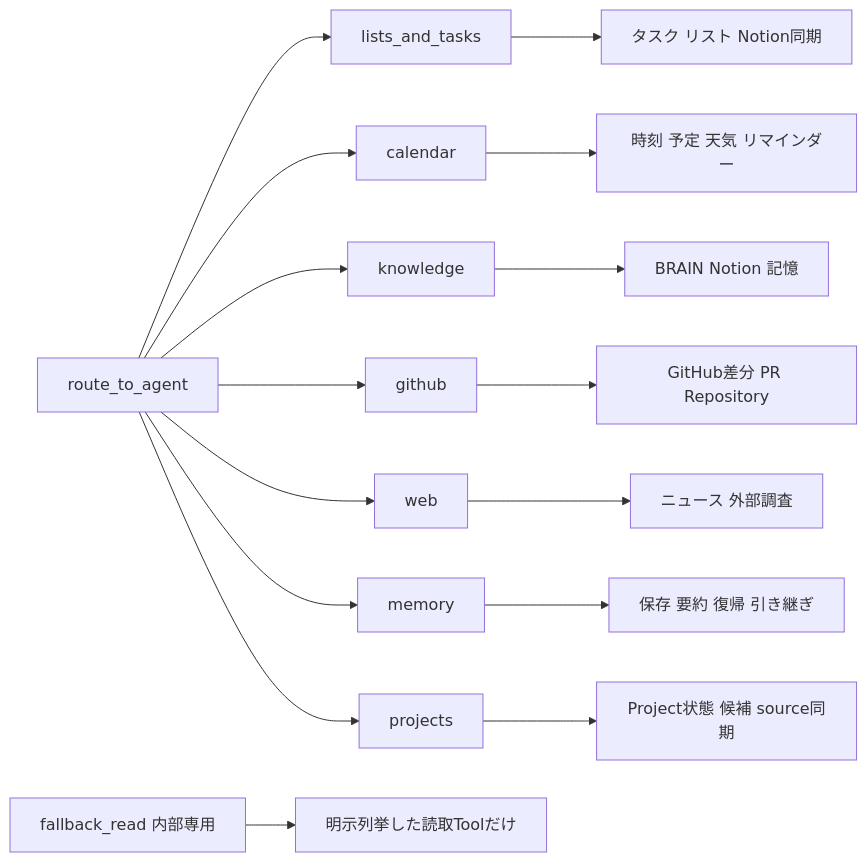
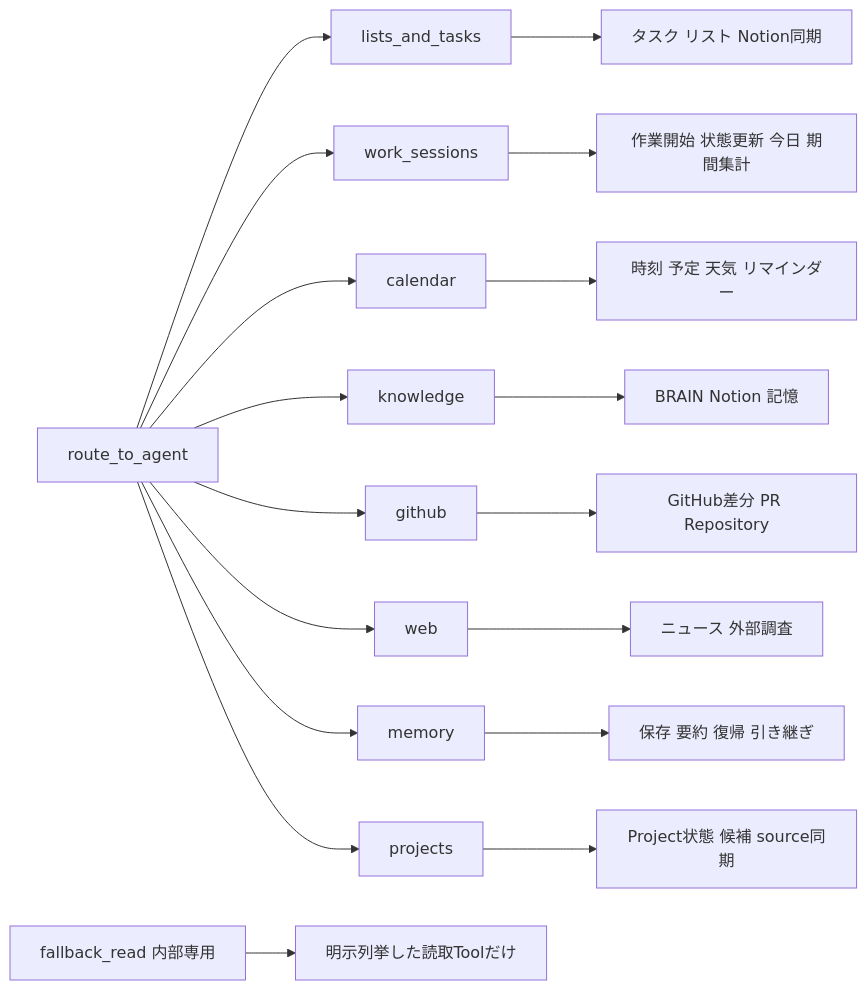
Before and after one commit to Soso2e/PETIT: the third of 13 diagrams in docs/runtime-flows.md, drawn with Mermaid. The commit also changed other lines of this file and 3 other files, not shown here.

````diff
--- a/docs/runtime-flows.md
+++ b/docs/runtime-flows.md
@@ -110,31 +112,34 @@
 ```mermaid
 flowchart LR
     selector[route_to_agent]
 
     tasks[lists_and_tasks]
+    work[work_sessions]
     calendar[calendar]
     knowledge[knowledge]
     github[github]
     web[web]
     memory[memory]
     projects[projects]
     fallback[fallback_read 内部専用]
 
     taskTools["タスク リスト Notion同期"]
+    workTools["作業開始 状態更新 今日 期間集計"]
     calendarTools["時刻 予定 天気 リマインダー"]
     knowledgeTools["BRAIN Notion 記憶"]
     githubTools["GitHub差分 PR Repository"]
     webTools["ニュース 外部調査"]
     memoryTools["保存 要約 復帰 引き継ぎ"]
     projectTools["Project状態 候補 source同期"]
     readTools["明示列挙した読取Toolだけ"]
 
     selector --> tasks --> taskTools
+    selector --> work --> workTools
     selector --> calendar --> calendarTools
     selector --> knowledge --> knowledgeTools
     selector --> github --> githubTools
     selector --> web --> webTools
     selector --> memory --> memoryTools
     selector --> projects --> projectTools
     fallback --> readTools
 ```
````
